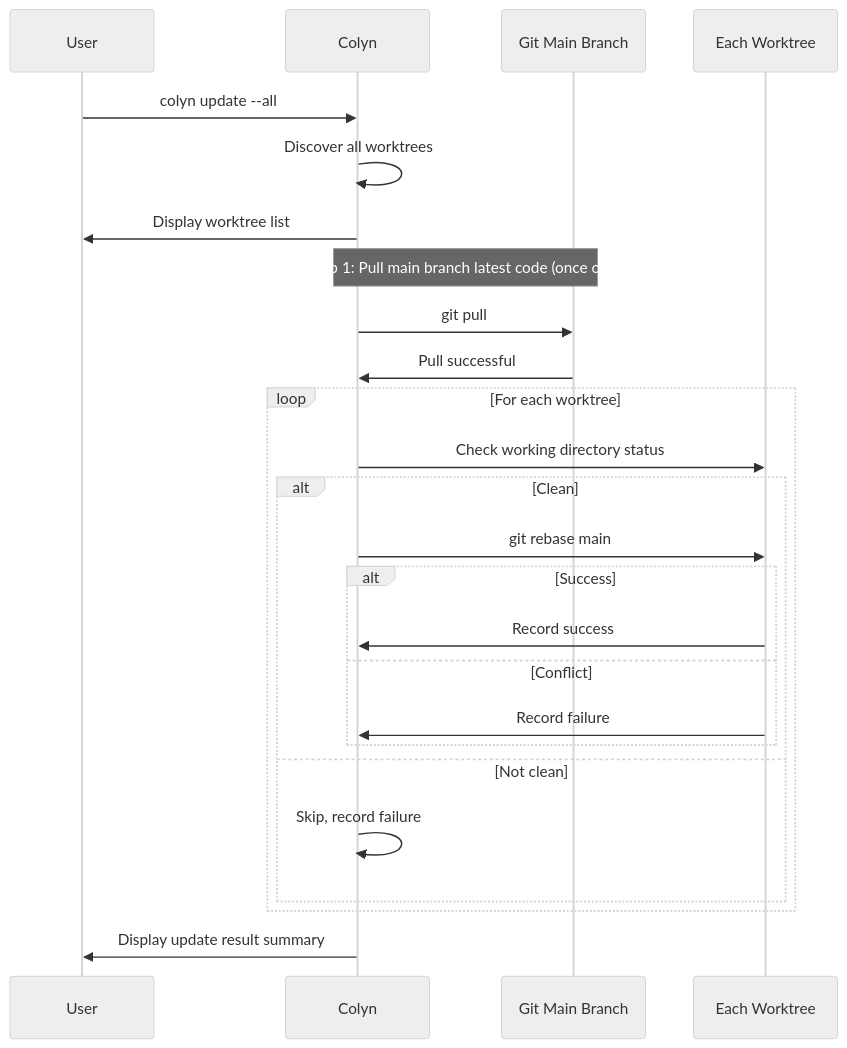
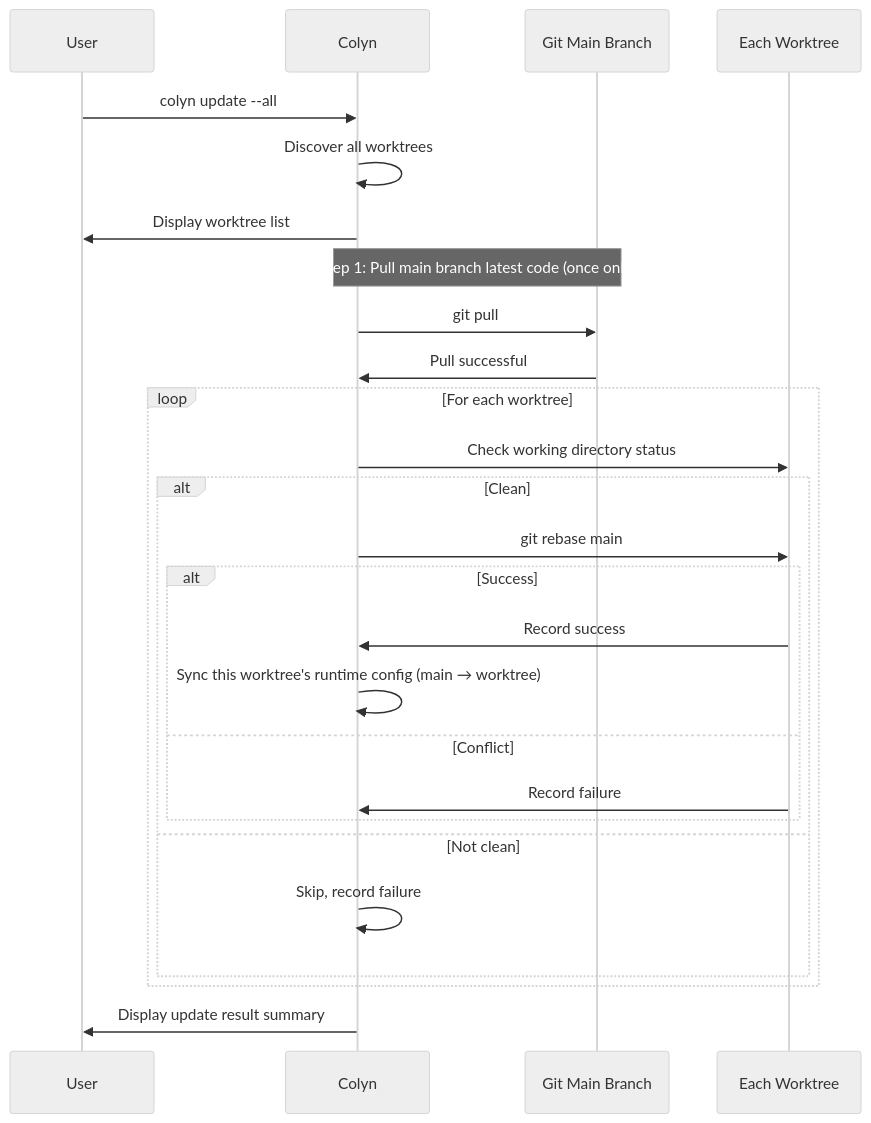
The fourth of 4 diagrams in docs/en/develop/design/commands/design-update-command.md (colin-han/colyn), drawn with Mermaid (neutral theme) before and after one commit. The commit also changed other lines of this file and 17 other files, not shown here.

````diff
--- a/docs/en/develop/design/commands/design-update-command.md
+++ b/docs/en/develop/design/commands/design-update-command.md
@@ -343,32 +346,33 @@
 ```mermaid
 sequenceDiagram
     participant U as User
     participant C as Colyn
     participant M as Git Main Branch
     participant WT as Each Worktree
 
     U->>C: colyn update --all
 
     C->>C: Discover all worktrees
     C->>U: Display worktree list
 
     Note over C,M: Step 1: Pull main branch latest code (once only)
     C->>M: git pull
     M->>C: Pull successful
 
     loop For each worktree
         C->>WT: Check working directory status
         alt Clean
             C->>WT: git rebase main
             alt Success
                 WT->>C: Record success
+                C->>C: Sync this worktree's runtime config (main → worktree)
             else Conflict
                 WT->>C: Record failure
             end
         else Not clean
             C->>C: Skip, record failure
         end
     end
 
     C->>U: Display update result summary
 ```
````
